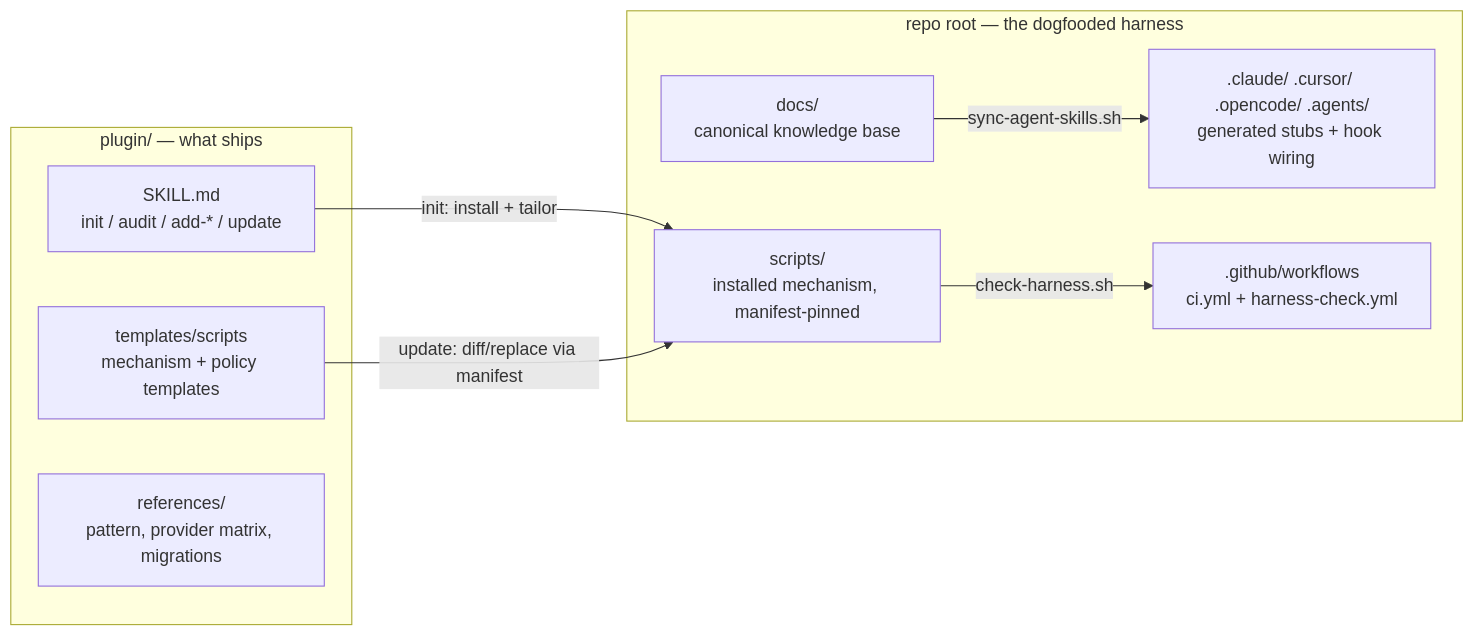
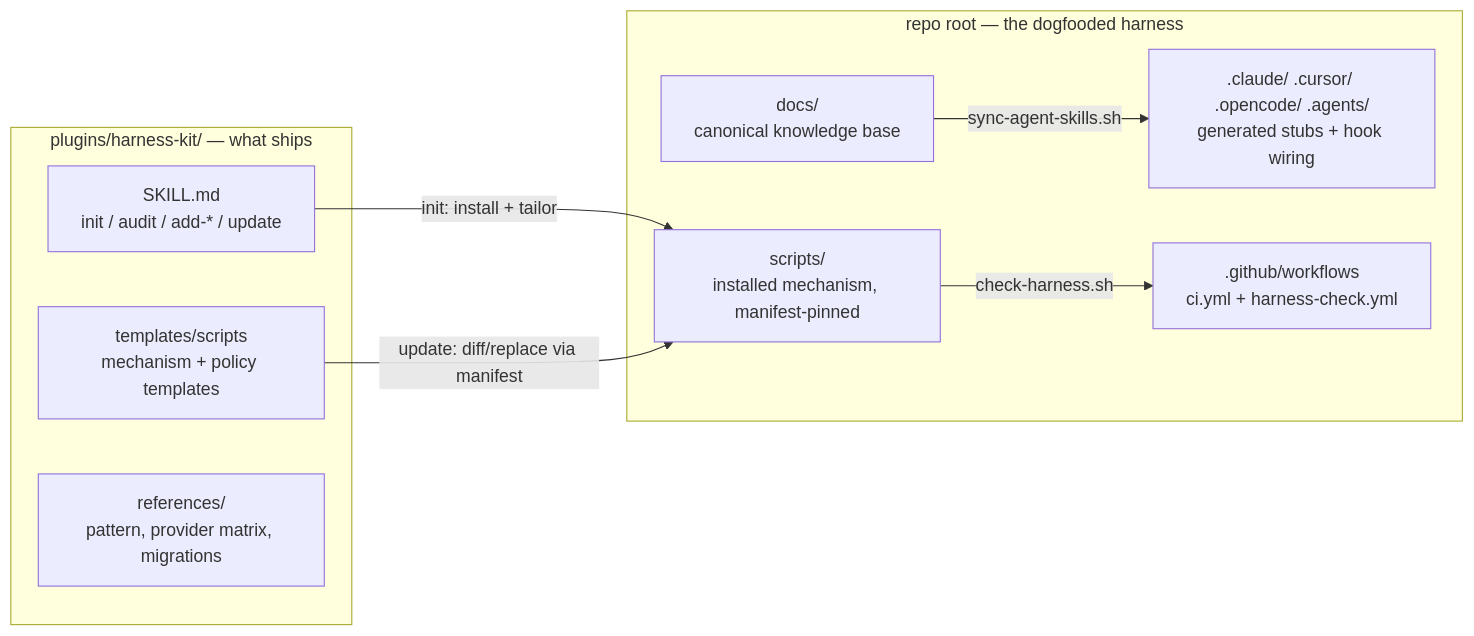
The diagram in docs/architecture/ARCHITECTURE.md (Neogenuity/harness-kit), drawn with Mermaid before and after one commit. The commit also changed other lines of this file and 49 other files, not shown here.

First line of the commit message:
v0.5.0 (migration): repackage plugin/ -> plugins/harness-kit/ + VERSION source

````diff
--- a/docs/architecture/ARCHITECTURE.md
+++ b/docs/architecture/ARCHITECTURE.md
@@ -18,18 +18,18 @@
 ```mermaid
 flowchart LR
-    subgraph plugin/ [plugin/ — what ships]
+    subgraph plugin [plugins/harness-kit/ — what ships]
         T[templates/scripts<br/>mechanism + policy templates]
         S[SKILL.md<br/>init / audit / add-* / update]
         R[references/<br/>pattern, provider matrix, migrations]
     end
     subgraph root [repo root — the dogfooded harness]
         D[docs/<br/>canonical knowledge base]
         M[scripts/<br/>installed mechanism, manifest-pinned]
         P[".claude/ .cursor/ .opencode/ .agents/<br/>generated stubs + hook wiring"]
         CI[.github/workflows<br/>ci.yml + harness-check.yml]
     end
     S -- "init: install + tailor" --> M
     T -- "update: diff/replace via manifest" --> M
     D -- "sync-agent-skills.sh" --> P
     M -- "check-harness.sh" --> CI
 ```
````
